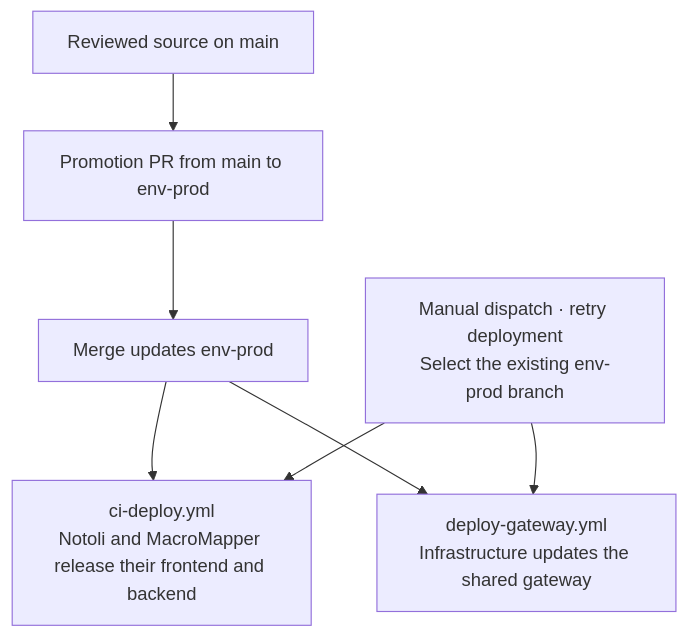
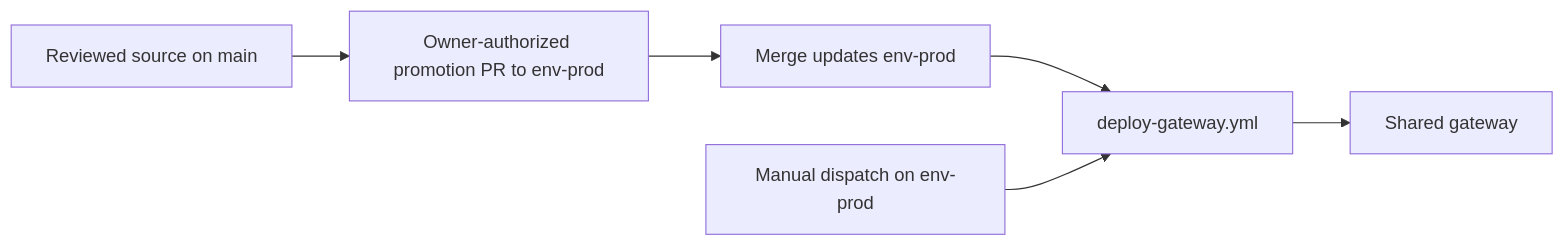
One commit to VanillaIceCube/JudeAndrewAlabaInfrastructure changed the fourth of 4 diagrams in .github/workflows/README.md. Above: the diagram before and after it, drawn with Mermaid. The commit also changed other lines of this file and 108 other files, not shown here.

````diff
--- a/.github/workflows/README.md
+++ b/.github/workflows/README.md
@@ -556,11 +89,8 @@
 ```mermaid
-flowchart TD
-    MAIN["Reviewed source on main"]
-    PROMOTE["Promotion PR from main to env-prod"]
-    PUSH["Merge updates env-prod"]
-    MANUAL["Manual dispatch · retry deployment<br/>Select the existing env-prod branch"]
-    APP["ci-deploy.yml<br/>Notoli and MacroMapper release their frontend and backend"]
-    INFRA["deploy-gateway.yml<br/>Infrastructure updates the shared gateway"]
-    MAIN --> PROMOTE --> PUSH
-    PUSH & MANUAL --> APP & INFRA
+flowchart LR
+    MAIN["Reviewed source on main"] --> PR["Owner-authorized promotion PR to env-prod"]
+    PR --> PUSH["Merge updates env-prod"]
+    PUSH --> DEPLOY["deploy-gateway.yml"]
+    RETRY["Manual dispatch on env-prod"] --> DEPLOY
+    DEPLOY --> TARGET["Shared gateway"]
 ```
````
